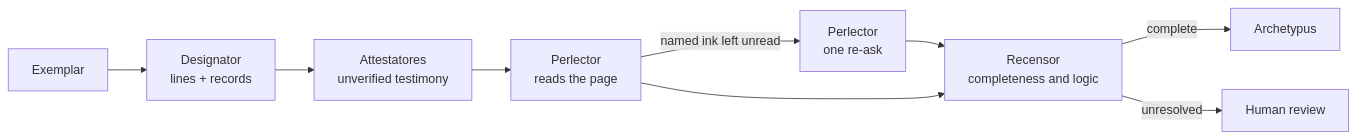
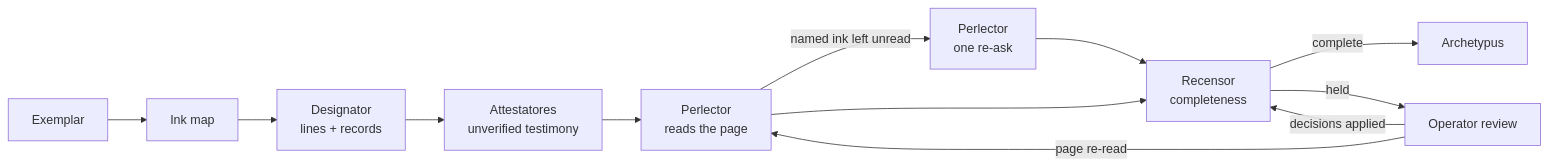
Before and after one commit to MegaSlick/Apparatus-Verbatus-Alpha: the second of 2 diagrams in ARCHITECTURE.md, drawn with Mermaid. The commit also changed other lines of this file and 6 other files, not shown here.

````diff
--- a/ARCHITECTURE.md
+++ b/ARCHITECTURE.md
@@ -180,12 +211,15 @@
 ```mermaid
 flowchart LR
-    E["Exemplar"] --> D["Designator<br/>lines + records"]
+    E["Exemplar"] --> M["Ink map"]
+    M --> D["Designator<br/>lines + records"]
     D --> A["Attestatores<br/>unverified testimony"]
     A --> P["Perlector<br/>reads the page"]
     P -->|"named ink left unread"| Q["Perlector<br/>one re-ask"]
     Q --> R
-    P --> R["Recensor<br/>completeness and logic"]
+    P --> R["Recensor<br/>completeness"]
 
     R -->|"complete"| AR["Archetypus"]
-    R -->|"unresolved"| H["Human review"]
+    R -->|"held"| H["Operator review"]
+    H -->|"decisions applied"| R
+    H -->|"page re-read"| P
 ```
````
